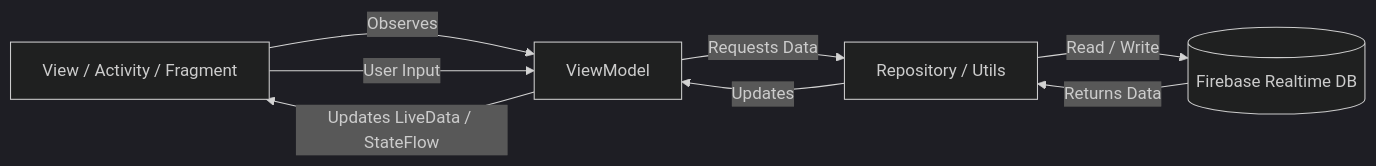
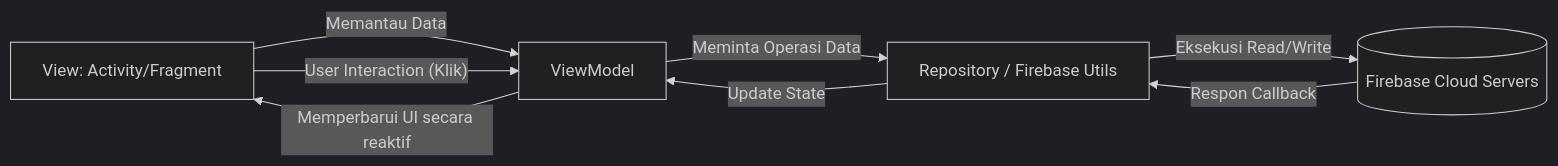
One commit to cimengabu/penjualan changed the second of 2 diagrams in README.md. Above: the diagram before and after it, drawn with Mermaid (dark theme). The commit also changed other lines of this file, not shown here.

````diff
--- a/README.md
+++ b/README.md
@@ -53,10 +94,10 @@
 ```mermaid
 graph LR
-    V[View / Activity / Fragment] -- Observes --> VM[ViewModel]
-    V -- User Input --> VM
-    VM -- Requests Data --> R[Repository / Utils]
-    R -- Read / Write --> F[(Firebase Realtime DB)]
-    F -- Returns Data --> R
-    R -- Updates --> VM
-    VM -- Updates LiveData / StateFlow --> V
+    V[View: Activity/Fragment] -- Memantau Data --> VM[ViewModel]
+    V -- User Interaction (Klik) --> VM
+    VM -- Meminta Operasi Data --> R[Repository / Firebase Utils]
+    R -- Eksekusi Read/Write --> F[(Firebase Cloud Servers)]
+    F -- Respon Callback --> R
+    R -- Update State --> VM
+    VM -- Memperbarui UI secara reaktif --> V
 ```
````
